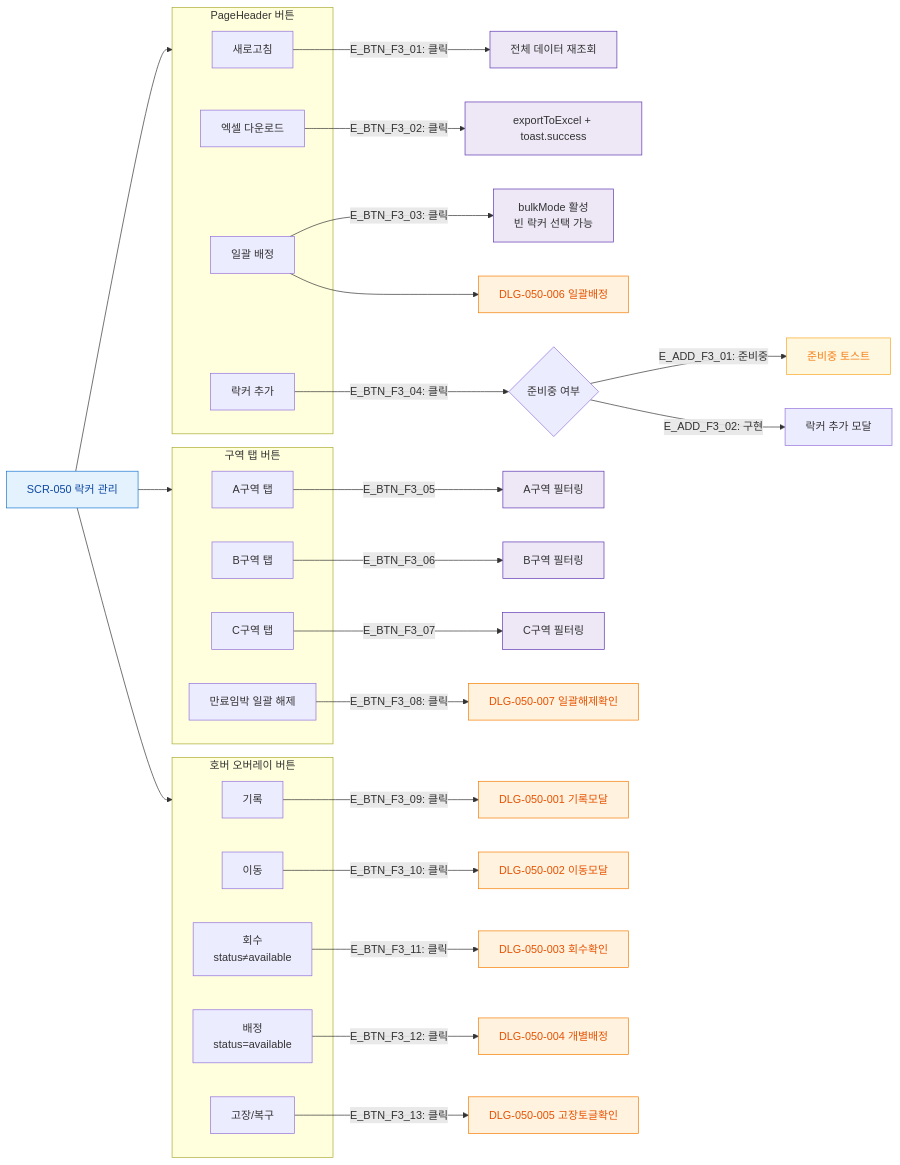
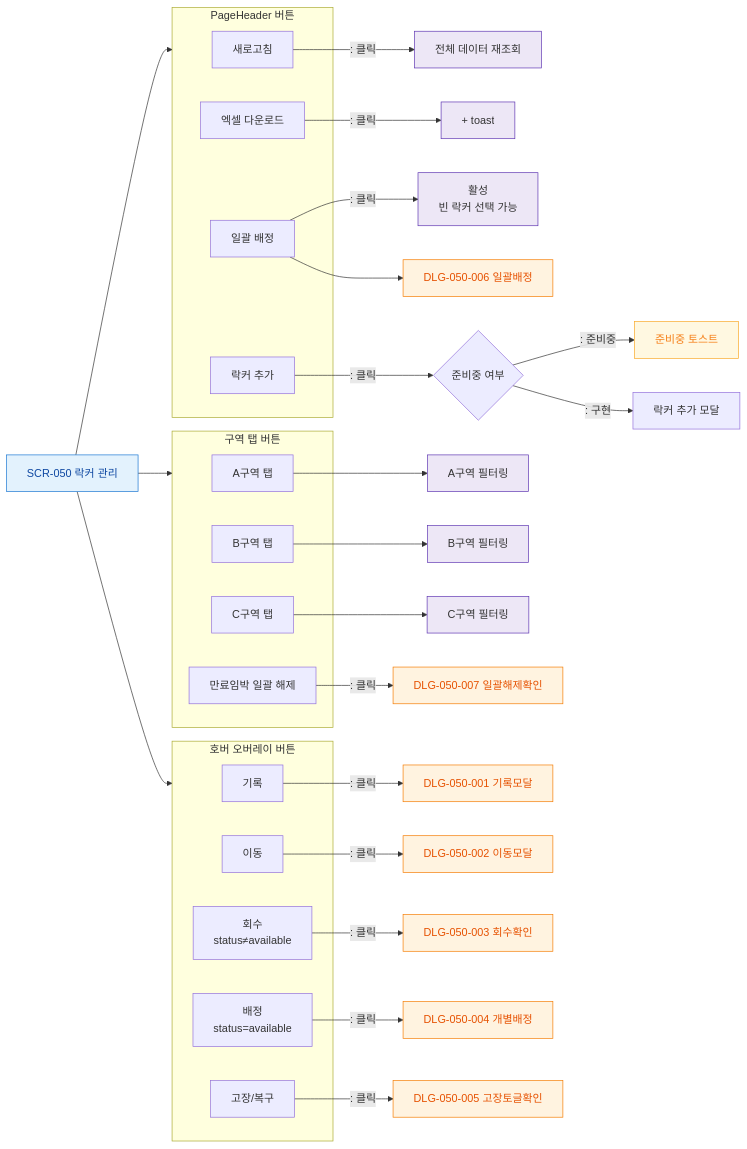
The diagram in docs/다이어그램/D06_시설관리/SCR-050_락커관리/F3_버튼액션.md (dev-spogym/admin-pando), drawn with Mermaid before and after one commit. The commit also changed other lines of this file and 1660 other files, not shown here.

First line of the commit message:
다이어그램: 기획자/클라이언트 납품본으로 정리

````diff
--- a/docs/다이어그램/D06_시설관리/SCR-050_락커관리/F3_버튼액션.md
+++ b/docs/다이어그램/D06_시설관리/SCR-050_락커관리/F3_버튼액션.md
@@ -22,59 +20,59 @@
 ```mermaid
 flowchart LR
     SCR050[SCR-050 락커 관리]
 
     subgraph Header["PageHeader 버튼"]
         BTN_REFRESH[새로고침]
         BTN_EXCEL[엑셀 다운로드]
         BTN_BULK[일괄 배정]
         BTN_ADD[락커 추가]
     end
 
     subgraph ZoneBar["구역 탭 버튼"]
         BTN_ZONE_A[A구역 탭]
         BTN_ZONE_B[B구역 탭]
         BTN_ZONE_C[C구역 탭]
         BTN_BULKEXP[만료임박 일괄 해제]
     end
 
     subgraph Overlay["호버 오버레이 버튼"]
         BTN_RECORD[기록]
         BTN_MOVE[이동]
         BTN_REVOKE[회수\nstatus≠available]
         BTN_ASSIGN[배정\nstatus=available]
         BTN_BREAK[고장/복구]
     end
 
     SCR050 --> Header
     SCR050 --> ZoneBar
     SCR050 --> Overlay
 
-    BTN_REFRESH -->|"E_BTN_F3_01: 클릭"| ACT_REFRESH[전체 데이터 재조회]
-    BTN_EXCEL -->|"E_BTN_F3_02: 클릭"| ACT_EXCEL[exportToExcel + toast.success]
-    BTN_BULK -->|"E_BTN_F3_03: 클릭"| ACT_BULKMODE[bulkMode 활성\n빈 락커 선택 가능]
+    BTN_REFRESH -->|": 클릭"|ACT_REFRESH[전체 데이터 재조회]
+    BTN_EXCEL -->|": 클릭"|ACT_EXCEL[+ toast]
+    BTN_BULK -->|": 클릭"|ACT_BULKMODE[활성\n빈 락커 선택 가능]
     BTN_BULK --> DLG006[DLG-050-006 일괄배정]
-    BTN_ADD -->|"E_BTN_F3_04: 클릭"| ACT_ADD{준비중 여부}
-    ACT_ADD -->|"E_ADD_F3_01: 준비중"| ToastNotReady[준비중 토스트]
-    ACT_ADD -->|"E_ADD_F3_02: 구현"| DLG_ADD[락커 추가 모달]
+    BTN_ADD -->|": 클릭"|ACT_ADD{준비중 여부}
+    ACT_ADD -->|": 준비중"|ToastNotReady[준비중 토스트]
+    ACT_ADD -->|": 구현"|DLG_ADD[락커 추가 모달]
 
-    BTN_ZONE_A -->|E_BTN_F3_05| ACT_ZONE_A[A구역 필터링]
-    BTN_ZONE_B -->|E_BTN_F3_06| ACT_ZONE_B[B구역 필터링]
-    BTN_ZONE_C -->|E_BTN_F3_07| ACT_ZONE_C[C구역 필터링]
-    BTN_BULKEXP -->|"E_BTN_F3_08: 클릭"| DLG007[DLG-050-007 일괄해제확인]
+    BTN_ZONE_A --> ACT_ZONE_A[A구역 필터링]
+    BTN_ZONE_B --> ACT_ZONE_B[B구역 필터링]
+    BTN_ZONE_C --> ACT_ZONE_C[C구역 필터링]
+    BTN_BULKEXP -->|": 클릭"|DLG007[DLG-050-007 일괄해제확인]
 
-    BTN_RECORD -->|"E_BTN_F3_09: 클릭"| DLG001[DLG-050-001 기록모달]
-    BTN_MOVE -->|"E_BTN_F3_10: 클릭"| DLG002[DLG-050-002 이동모달]
-    BTN_REVOKE -->|"E_BTN_F3_11: 클릭"| DLG003[DLG-050-003 회수확인]
-    BTN_ASSIGN -->|"E_BTN_F3_12: 클릭"| DLG004[DLG-050-004 개별배정]
-    BTN_BREAK -->|"E_BTN_F3_13: 클릭"| DLG005[DLG-050-005 고장토글확인]
+    BTN_RECORD -->|": 클릭"|DLG001[DLG-050-001 기록모달]
+    BTN_MOVE -->|": 클릭"|DLG002[DLG-050-002 이동모달]
+    BTN_REVOKE -->|": 클릭"|DLG003[DLG-050-003 회수확인]
+    BTN_ASSIGN -->|": 클릭"|DLG004[DLG-050-004 개별배정]
+    BTN_BREAK -->|": 클릭"|DLG005[DLG-050-005 고장토글확인]
 
     classDef screen fill:#E3F2FD,stroke:#1976D2,color:#0D47A1
     classDef modal fill:#FFF3E0,stroke:#F57C00,color:#E65100
     classDef system fill:#EDE7F6,stroke:#5E35B2
     classDef warning fill:#FFF8E1,stroke:#F9A825,color:#F57F17
 
     class SCR050 screen
     class DLG001,DLG002,DLG003,DLG004,DLG005,DLG006,DLG007 modal
     class ACT_REFRESH,ACT_EXCEL,ACT_BULKMODE,ACT_ZONE_A,ACT_ZONE_B,ACT_ZONE_C system
     class ToastNotReady warning
 ```
````
